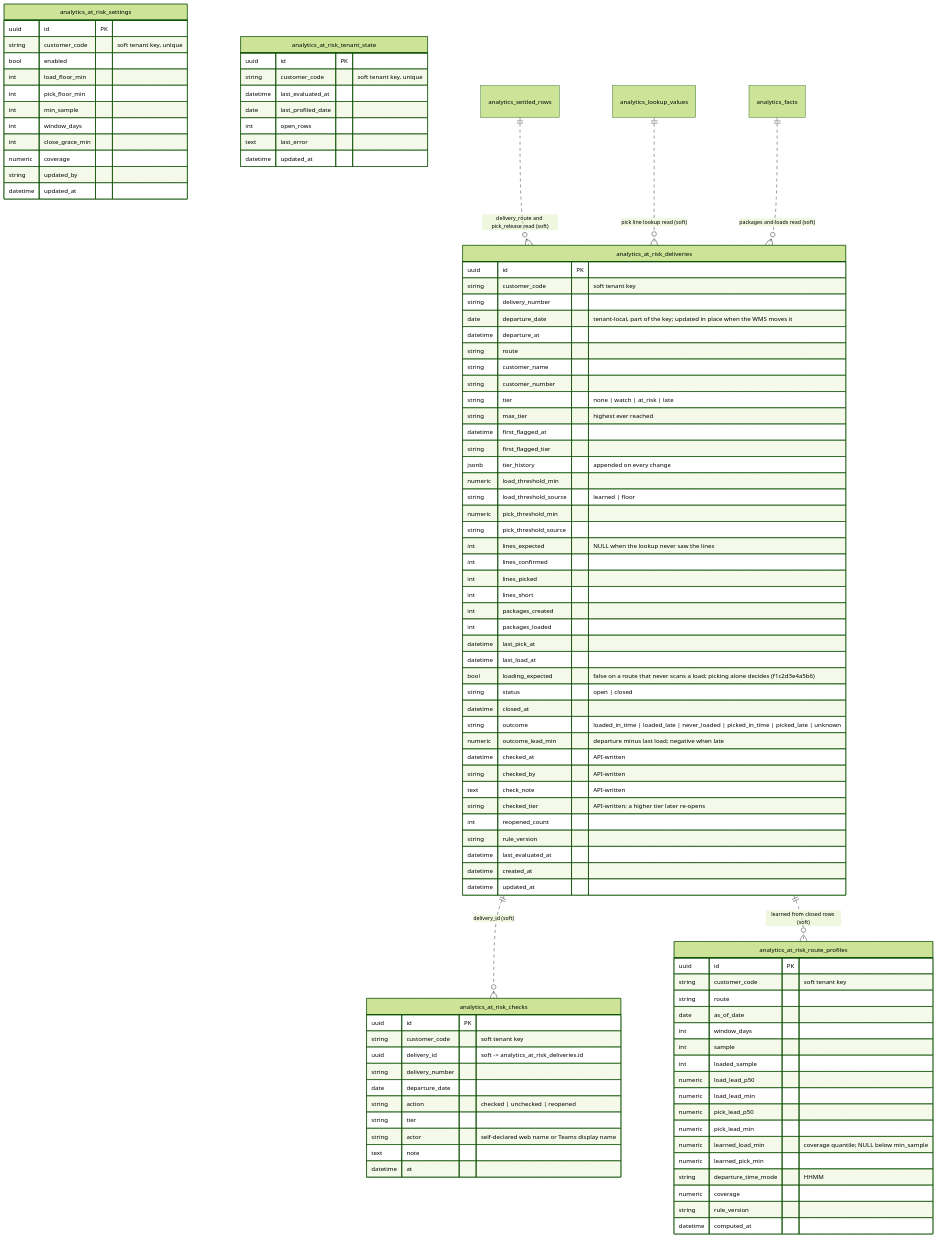
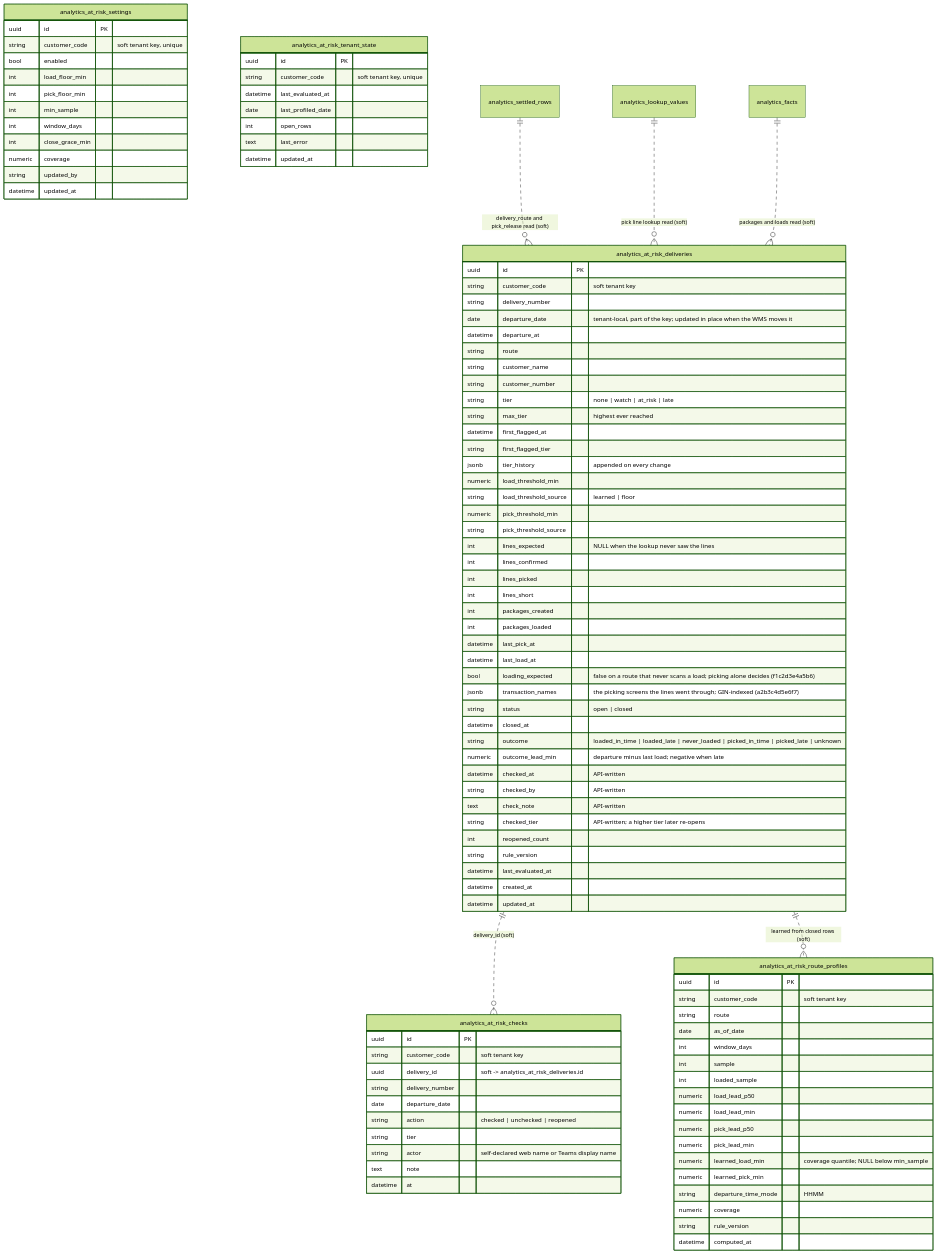
One commit to eamtalu/RAG-PipeLine changed diagram 13 of 14 in docs/database-er-diagram.md. Above: the diagram before and after it, drawn with Mermaid (forest theme). The commit also changed 12 other files, not shown here.

First line of the commit message:
At risk history: the three plain words, the picking screens, and filters for the month-end review

```diff
--- a/docs/database-er-diagram.md
+++ b/docs/database-er-diagram.md
@@ -1203,6 +1203,7 @@
         datetime last_pick_at
         datetime last_load_at
         bool loading_expected "false on a route that never scans a load; picking alone decides (f1c2d3e4a5b6)"
+        jsonb transaction_names "the picking screens the lines went through; GIN-indexed (a2b3c4d5e6f7)"
         string status "open | closed"
         datetime closed_at
         string outcome "loaded_in_time | loaded_late | never_loaded | picked_in_time | picked_late | unknown"
```
